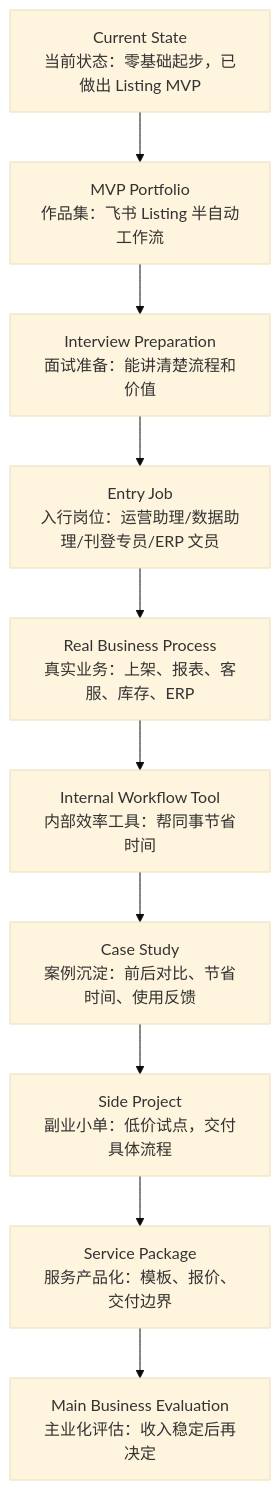
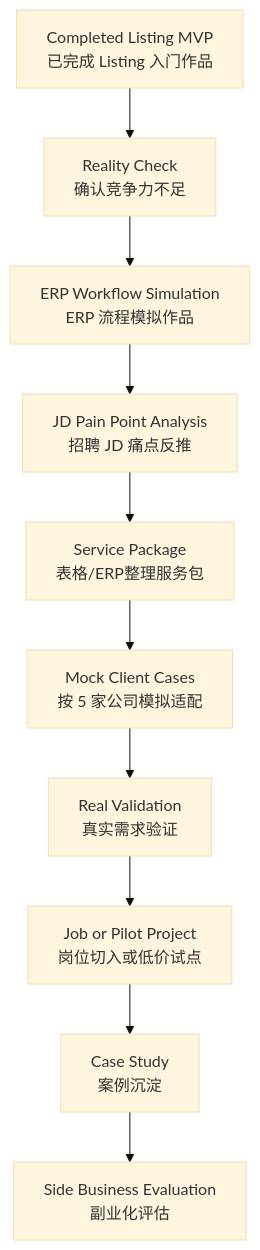
One commit to sai5585wo/work-plan changed the first of 3 diagrams in task-plans/01-overall-roadmap.md. Above: the diagram before and after it, drawn with Mermaid (base theme). The commit also changed other lines of this file and 7 other files, not shown here.

Commit message:
Update ERP workflow learning progress

````diff
--- a/task-plans/01-overall-roadmap.md
+++ b/task-plans/01-overall-roadmap.md
@@ -68,12 +58,12 @@
 ```mermaid
 flowchart TD
-    A["Current State<br/>当前状态：零基础起步，已做出 Listing MVP"] --> B["MVP Portfolio<br/>作品集：飞书 Listing 半自动工作流"]
-    B --> C["Interview Preparation<br/>面试准备：能讲清楚流程和价值"]
-    C --> D["Entry Job<br/>入行岗位：运营助理/数据助理/刊登专员/ERP 文员"]
-    D --> E["Real Business Process<br/>真实业务：上架、报表、客服、库存、ERP"]
-    E --> F["Internal Workflow Tool<br/>内部效率工具：帮同事节省时间"]
-    F --> G["Case Study<br/>案例沉淀：前后对比、节省时间、使用反馈"]
-    G --> H["Side Project<br/>副业小单：低价试点，交付具体流程"]
-    H --> I["Service Package<br/>服务产品化：模板、报价、交付边界"]
-    I --> J["Main Business Evaluation<br/>主业化评估：收入稳定后再决定"]
+    A["Completed Listing MVP<br/>已完成 Listing 入门作品"] --> B["Reality Check<br/>确认竞争力不足"]
+    B --> C["ERP Workflow Simulation<br/>ERP 流程模拟作品"]
+    C --> D["JD Pain Point Analysis<br/>招聘 JD 痛点反推"]
+    D --> E["Service Package<br/>表格/ERP整理服务包"]
+    E --> F["Mock Client Cases<br/>按 5 家公司模拟适配"]
+    F --> G["Real Validation<br/>真实需求验证"]
+    G --> H["Job or Pilot Project<br/>岗位切入或低价试点"]
+    H --> I["Case Study<br/>案例沉淀"]
+    I --> J["Side Business Evaluation<br/>副业化评估"]
 ```
````
